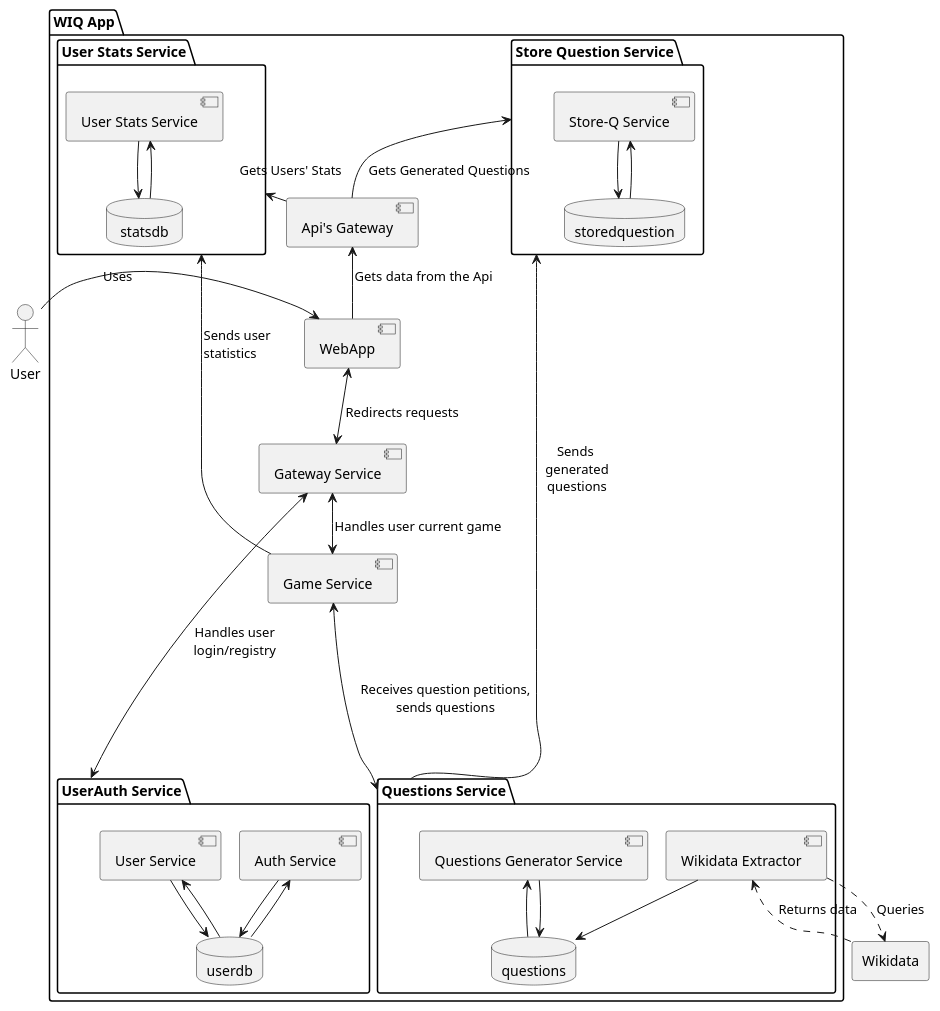
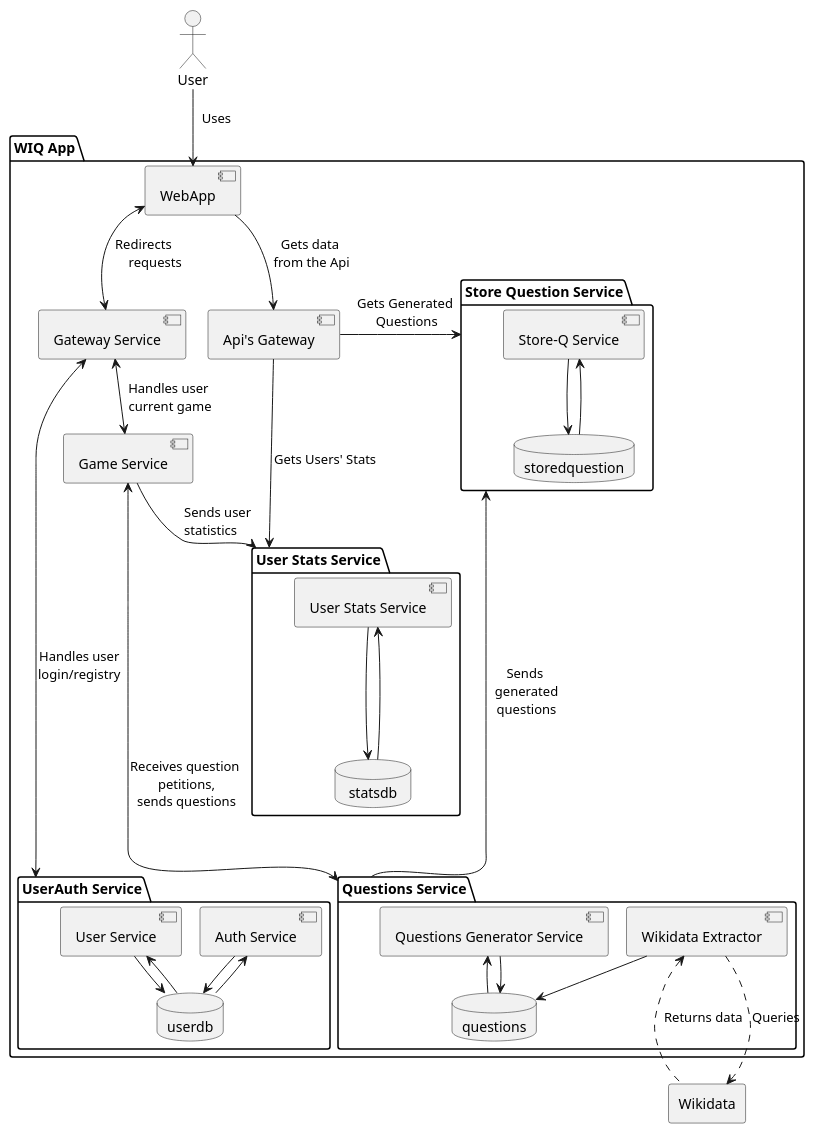
Before and after one commit to Arquisoft/wiq_es6c: the third of 3 diagrams in docs/src/05_building_block_view.adoc, drawn with PlantUML. The commit also changed 2 other files, not shown here.

Commit message:
Update graphs

```diff
--- a/docs/src/05_building_block_view.adoc
+++ b/docs/src/05_building_block_view.adoc
@@ -79,67 +79,67 @@
 [plantuml,"Level 3 Diagram",png]
 ----
 !pragma layout smetana
 
 actor "User"
 rectangle "Wikidata"
 
 package "WIQ App"{
 
     component "WebApp"
     component "Gateway Service" as GatewayS
 
     component "Api's Gateway" as ApisGateway
 
     component "Game Service" 
         package "Store Question Service" as QHS{
         component "Store-Q Service" as QHController
         database "storedquestion" as QhDB
     }
     package "User Stats Service" as USS {
         component "User Stats Service"
         database " statsdb " as USDB
     }
     package "UserAuth Service" {
         component "Auth Service"
         component "User Service"
         database "userdb" as UADB
     }
 
     package "Questions Service"{
         component "Wikidata Extractor"
         component "Questions Generator Service"
         database "questions" as QSDB
     }
 }
 
-User -right-> WebApp : Uses
-WebApp <-down-> GatewayS: Redirects requests
+User --> WebApp : "  Uses"
+WebApp <-down-> GatewayS: "Redirects\t\t\t\nrequests\t\t\t"
 
-GatewayS <--down--> "UserAuth Service" : "Handles user\nlogin/registry"
-GatewayS <-down-> "Game Service" : "Handles user current game"
+GatewayS <------> "UserAuth Service" : "Handles user\nlogin/registry\n\n\n"
+GatewayS <--> "Game Service" : "Handles user\n current game"
 
-ApisGateway <-- WebApp : "Gets data from the Api"
-ApisGateway -up-> QHS : "Gets Generated Questions"
-ApisGateway -up-> USS  : "Gets Users' Stats"
+ApisGateway <-up- WebApp : "Gets data\n from the Api"
+ApisGateway -left-> QHS : "Gets Generated\n Questions"
+ApisGateway ---> USS  : "Gets Users' Stats"
 
-"Game Service" <---> "Questions Service" : "Receives question petitions,\nsends questions\n\n"
-"Game Service" ---> "USS" : "Sends user\t\nstatistics\t\t"
+"Game Service" <-----> "Questions Service" : "Receives question \npetitions,\nsends questions"
+"Game Service"-> "USS" : "Sends user\t\nstatistics\t\t"
 "Questions Service" -up-> "QHS" : " Sends\n  generated\n  questions"
 
-"Wikidata" .up.> "Wikidata Extractor" : "Returns data"
-"Wikidata" <.up. "Wikidata Extractor" : "Queries"
+"Wikidata" .up..> "Wikidata Extractor" : "Returns data"
+"Wikidata" <.up.. "Wikidata Extractor" : "Queries"
 "Wikidata Extractor" --> QSDB
 "Questions Generator Service" <-- QSDB
 "Questions Generator Service" --> QSDB
 
 "QHController" --> QhDB
 "QHController" <-- QhDB
 
 "User Stats Service" --> USDB
 "User Stats Service" <-- USDB
 
 "Auth Service" --> UADB
 "Auth Service" <-- UADB
 "User Service" --> UADB
 "User Service" <-- UADB
 ----
```
